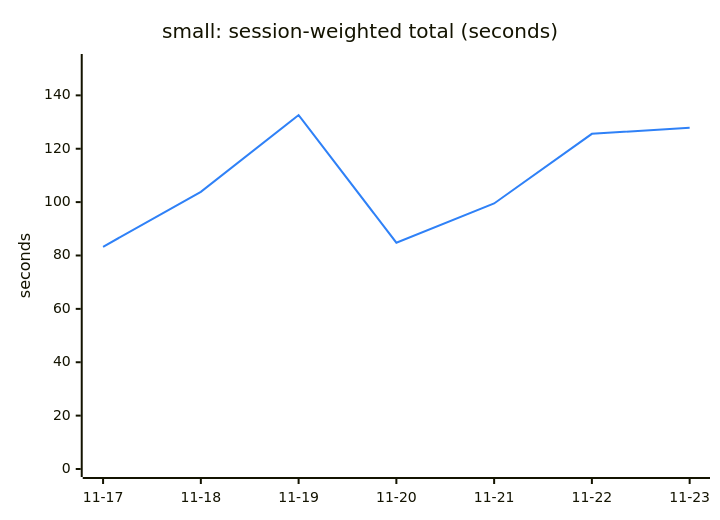
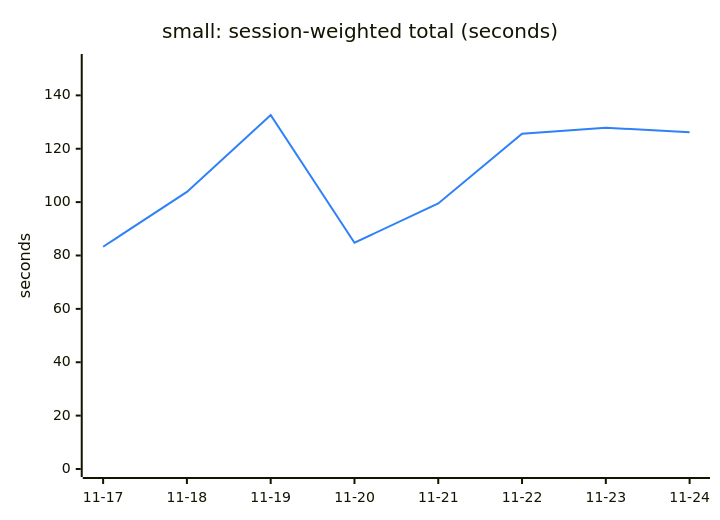
The first of 6 diagrams in TREND.md (Ricovl/mxcli), drawn with Mermaid before and after one commit. The commit also changed other lines of this file and 2 other files, not shown here.

````diff
--- a/TREND.md
+++ b/TREND.md
@@ -13,13 +13,13 @@
 ```mermaid
 ---
 config:
   themeVariables:
     xyChart:
       plotColorPalette: "#2f81f7"
 ---
 xychart-beta
     title "small: session-weighted total (seconds)"
-    x-axis ["11-17", "11-18", "11-19", "11-20", "11-21", "11-22", "11-23"]
+    x-axis ["11-17", "11-18", "11-19", "11-20", "11-21", "11-22", "11-23", "11-24"]
     y-axis "seconds" 0 --> 152.50
-    line [83.27, 103.84, 132.61, 84.80, 99.49, 125.58, 127.85]
+    line [83.27, 103.84, 132.61, 84.80, 99.49, 125.58, 127.85, 126.22]
 ```
````
